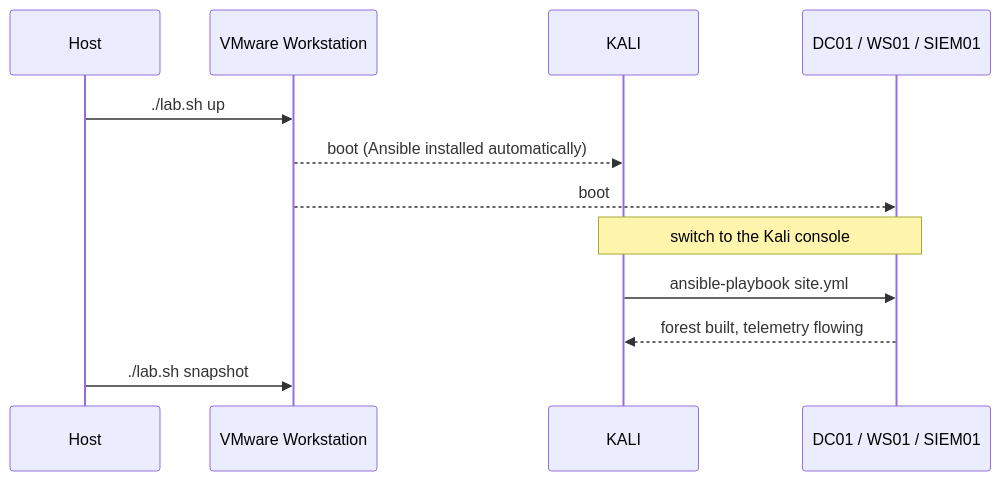
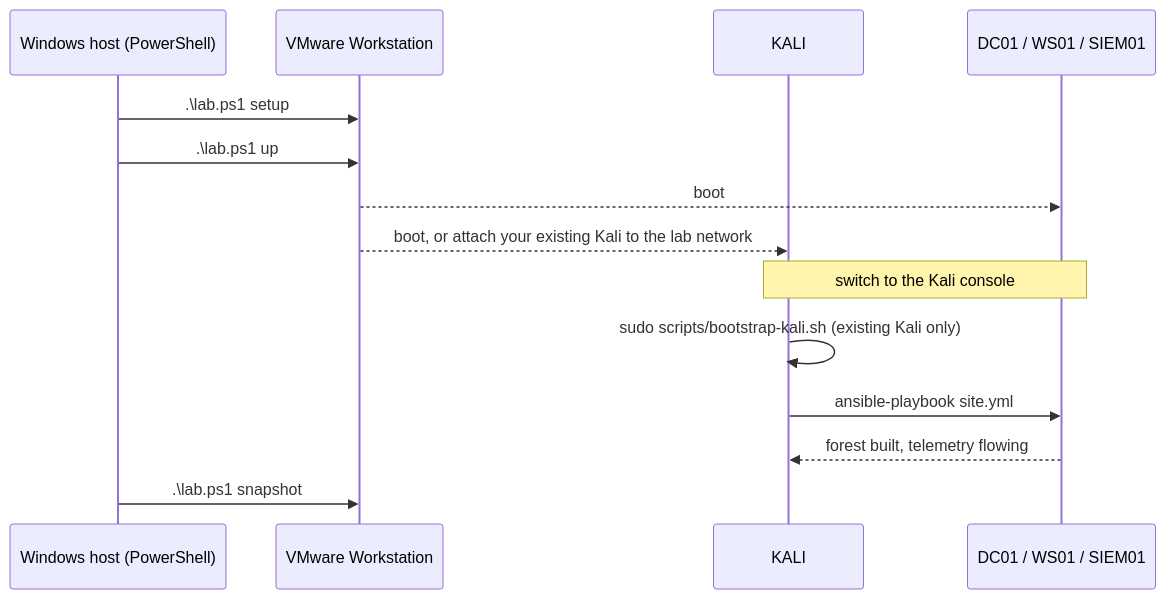
One commit to zebracherry/PurpleForest changed the third of 3 diagrams in README.md. Above: the diagram before and after it, drawn with Mermaid. The commit also changed other lines of this file and 5 other files, not shown here.

Commit message:
Docs: Windows host commands (lab.ps1) throughout; lab.sh noted for Linux hosts

````diff
--- a/README.md
+++ b/README.md
@@ -191,15 +189,17 @@
 ```mermaid
 sequenceDiagram
-    participant H as Host
+    participant H as Windows host (PowerShell)
     participant V as VMware Workstation
     participant K as KALI
     participant L as DC01 / WS01 / SIEM01
 
-    H->>V: ./lab.sh up
-    V-->>K: boot (Ansible installed automatically)
+    H->>V: .\lab.ps1 setup
+    H->>V: .\lab.ps1 up
     V-->>L: boot
+    V-->>K: boot, or attach your existing Kali to the lab network
     Note over K,L: switch to the Kali console
+    K->>K: sudo scripts/bootstrap-kali.sh (existing Kali only)
     K->>L: ansible-playbook site.yml
     L-->>K: forest built, telemetry flowing
-    H->>V: ./lab.sh snapshot
+    H->>V: .\lab.ps1 snapshot
 ```
````
